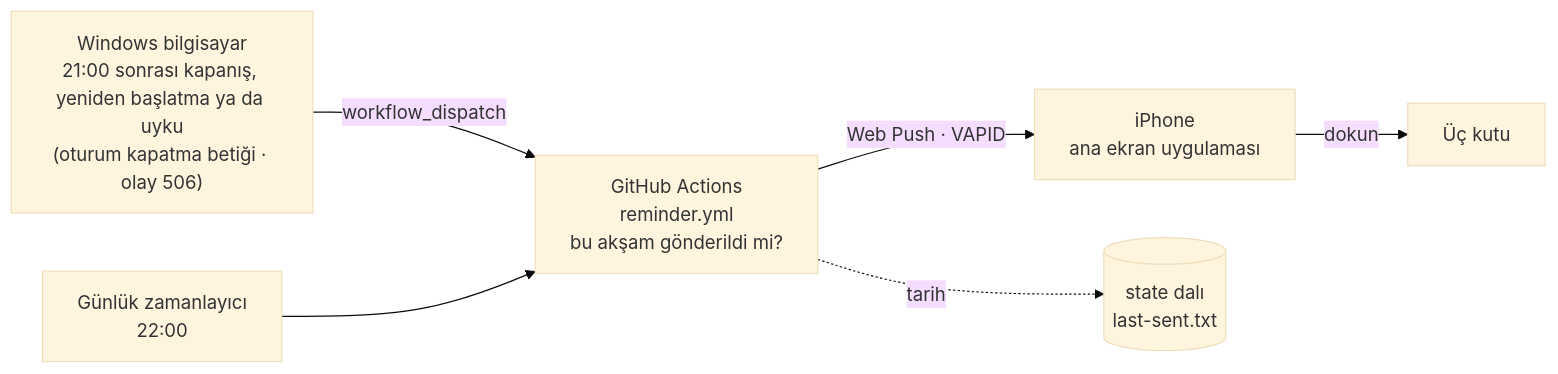
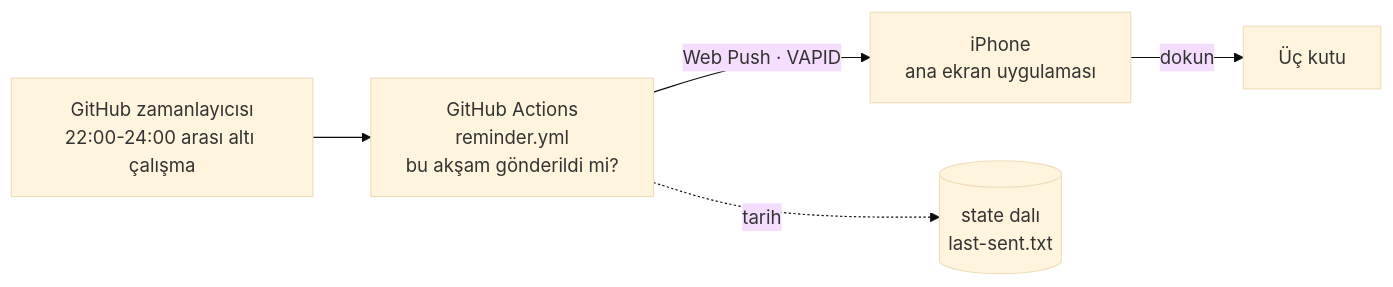
Before and after one commit to YILDIRIMZX/aksam-notu: the diagram in README.tr.md, drawn with Mermaid (base theme). The commit also changed other lines of this file and 12 other files, not shown here.

````diff
--- a/README.tr.md
+++ b/README.tr.md
@@ -33,8 +33,7 @@
 ```mermaid
 flowchart LR
-  PC["Windows bilgisayar<br/>21:00 sonrası kapanış, yeniden başlatma ya da uyku<br/>(oturum kapatma betiği · olay 506)"] -- "workflow_dispatch" --> GA
-  Cron["Günlük zamanlayıcı<br/>22:00"] --> GA
+  Cron["GitHub zamanlayıcısı<br/>22:00-24:00 arası altı çalışma"] --> GA
   GA["GitHub Actions<br/>reminder.yml<br/>bu akşam gönderildi mi?"] -- "Web Push · VAPID" --> Phone["iPhone<br/>ana ekran uygulaması"]
   GA -. "tarih" .-> State[("state dalı<br/>last-sent.txt")]
   Phone -- "dokun" --> Note["Üç kutu"]
 ```
````
